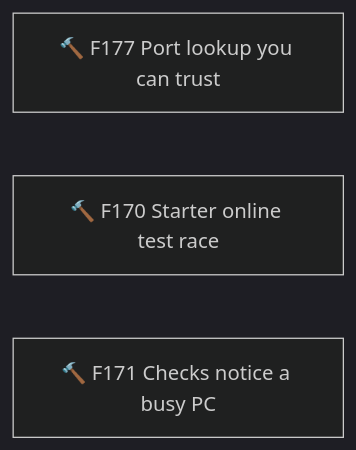
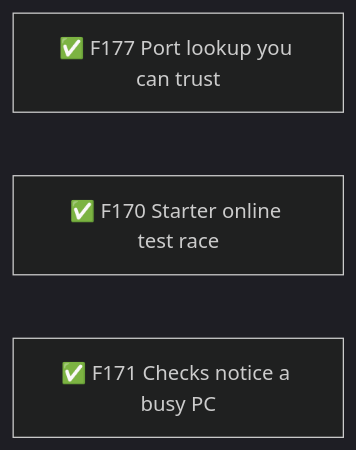
One commit to TheBlueMuzzy/framework changed diagram 32 of 32 in .planning/ROADMAP.md. Above: the diagram before and after it, drawn with Mermaid (dark theme). The commit also changed other lines of this file and 2 other files, not shown here.

Commit message:
F177: done

````diff
--- a/.planning/ROADMAP.md
+++ b/.planning/ROADMAP.md
@@ -505,6 +505,6 @@
 ```mermaid
 flowchart LR
-  F177[🔨 F177 Port lookup you can trust]
-  F170[🔨 F170 Starter online test race]
-  F171[🔨 F171 Checks notice a busy PC]
+  F177[✅ F177 Port lookup you can trust]
+  F170[✅ F170 Starter online test race]
+  F171[✅ F171 Checks notice a busy PC]
 ```
````
